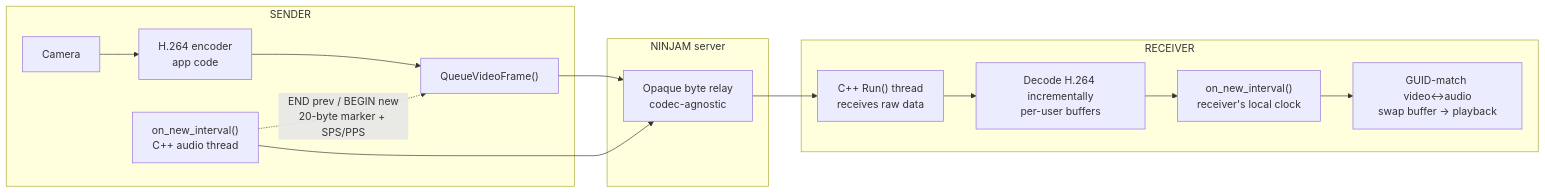
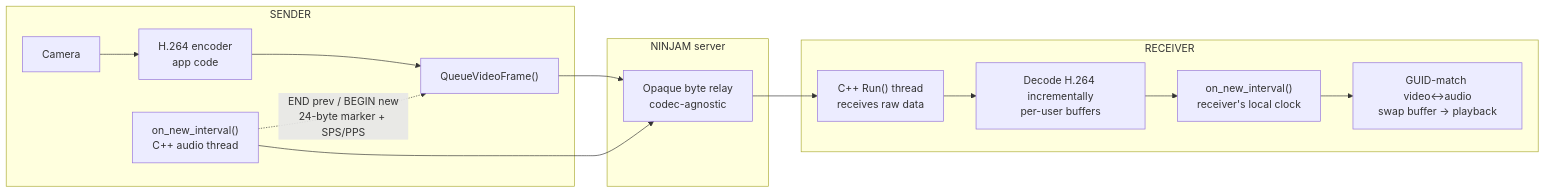
The first of 3 diagrams in docs/VIDEO_SYNC.md (jacinside/ninjamzap-core), drawn with Mermaid before and after one commit. The commit also changed other lines of this file, not shown here.

````diff
--- a/docs/VIDEO_SYNC.md
+++ b/docs/VIDEO_SYNC.md
@@ -76,25 +76,25 @@
 ```mermaid
 flowchart LR
     subgraph SENDER
         cam[Camera] --> enc[H.264 encoder<br/>app code]
         enc --> qf["QueueVideoFrame()"]
         oni["on_new_interval()<br/>C++ audio thread"]
-        oni -. "END prev / BEGIN new<br/>20-byte marker + SPS/PPS" .-> qf
+        oni -. "END prev / BEGIN new<br/>24-byte marker + SPS/PPS" .-> qf
     end
 
     subgraph SERVER["NINJAM server"]
         relay[Opaque byte relay<br/>codec-agnostic]
     end
 
     subgraph RECEIVER
         run["C++ Run() thread<br/>receives raw data"]
         dec[Decode H.264 incrementally<br/>per-user buffers]
         roni["on_new_interval()<br/>receiver's local clock"]
         play[GUID-match video↔audio<br/>swap buffer → playback]
         run --> dec --> roni --> play
     end
 
     qf --> relay
     oni --> relay
     relay --> run
 ```
````
